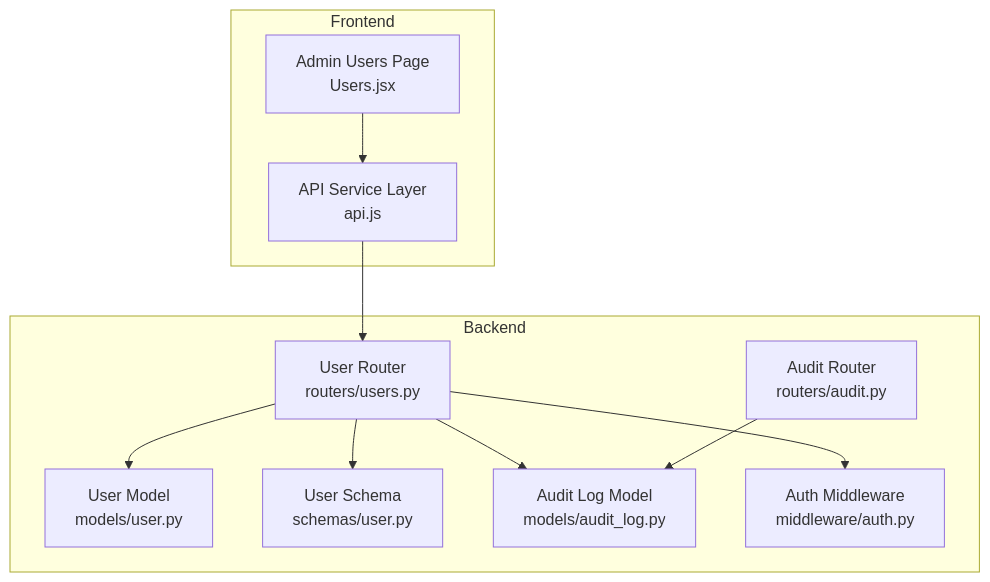
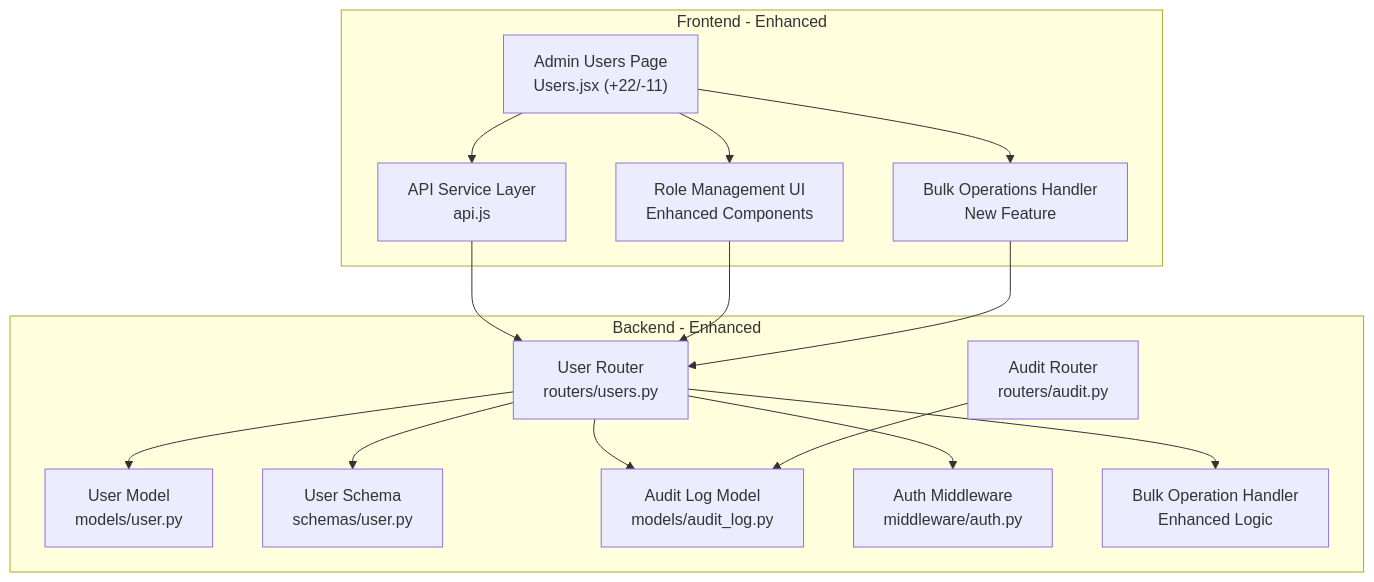
Before and after one commit to 14Lucifer/hackathon_ecs_creator: the first of 6 diagrams in .qoder/repowiki/en/content/Frontend Development/Page Components & Routing/User Management Interface.md, drawn with Mermaid. The commit also changed other lines of this file and 120 other files, not shown here.

````diff
--- a/.qoder/repowiki/en/content/Frontend Development/Page Components & Routing/User Management Interface.md
+++ b/.qoder/repowiki/en/content/Frontend Development/Page Components & Routing/User Management Interface.md
@@ -34,22 +44,30 @@
 ```mermaid
 graph TB
-subgraph "Frontend"
-A["Admin Users Page<br/>Users.jsx"]
+subgraph "Frontend - Enhanced"
+A["Admin Users Page<br/>Users.jsx (+22/-11)"]
 B["API Service Layer<br/>api.js"]
+C["Role Management UI<br/>Enhanced Components"]
+D["Bulk Operations Handler<br/>New Feature"]
 end
-subgraph "Backend"
-C["User Router<br/>routers/users.py"]
-D["User Model<br/>models/user.py"]
-E["User Schema<br/>schemas/user.py"]
-F["Audit Log Model<br/>models/audit_log.py"]
-G["Audit Router<br/>routers/audit.py"]
-H["Auth Middleware<br/>middleware/auth.py"]
+subgraph "Backend - Enhanced"
+E["User Router<br/>routers/users.py"]
+F["User Model<br/>models/user.py"]
+G["User Schema<br/>schemas/user.py"]
+H["Audit Log Model<br/>models/audit_log.py"]
+I["Audit Router<br/>routers/audit.py"]
+J["Auth Middleware<br/>middleware/auth.py"]
+K["Bulk Operation Handler<br/>Enhanced Logic"]
 end
 A --> B
-B --> C
-C --> D
+A --> C
+A --> D
+B --> E
 C --> E
-C --> F
-C --> H
-G --> F
+D --> E
+E --> F
+E --> G
+E --> H
+E --> J
+E --> K
+I --> H
 ```
````
